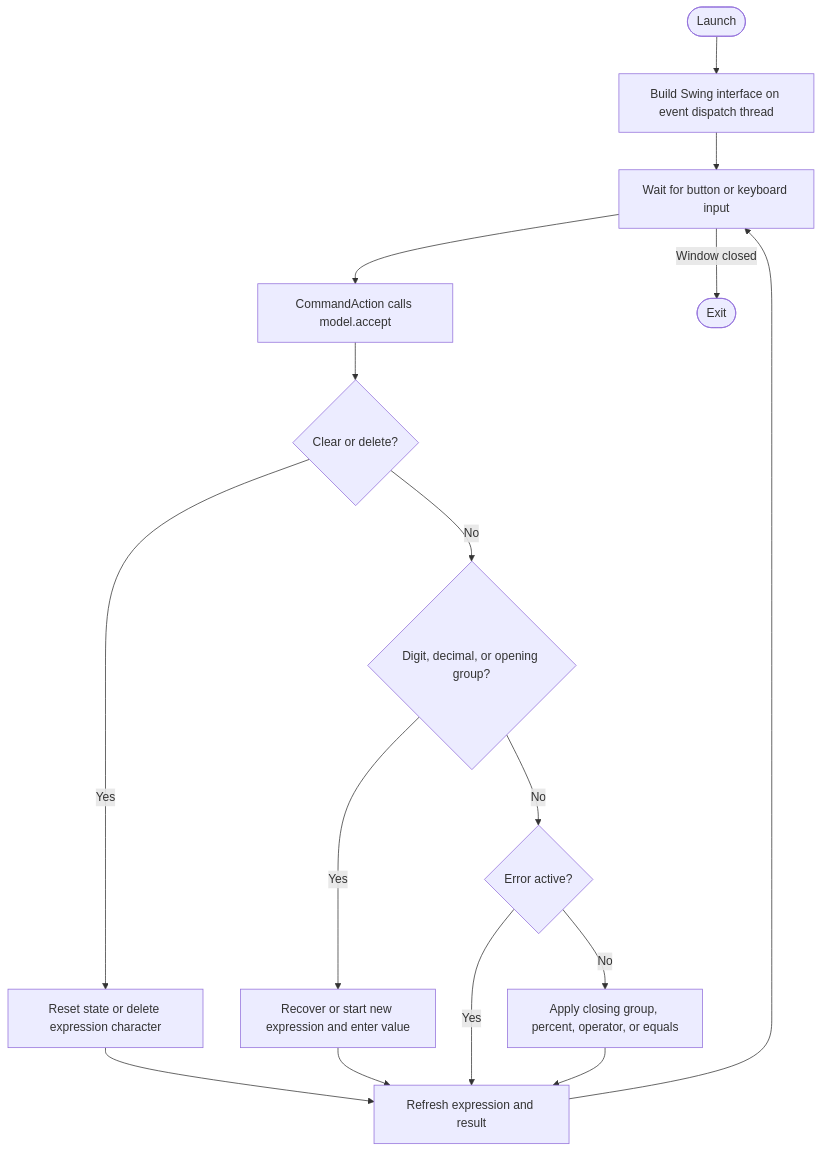
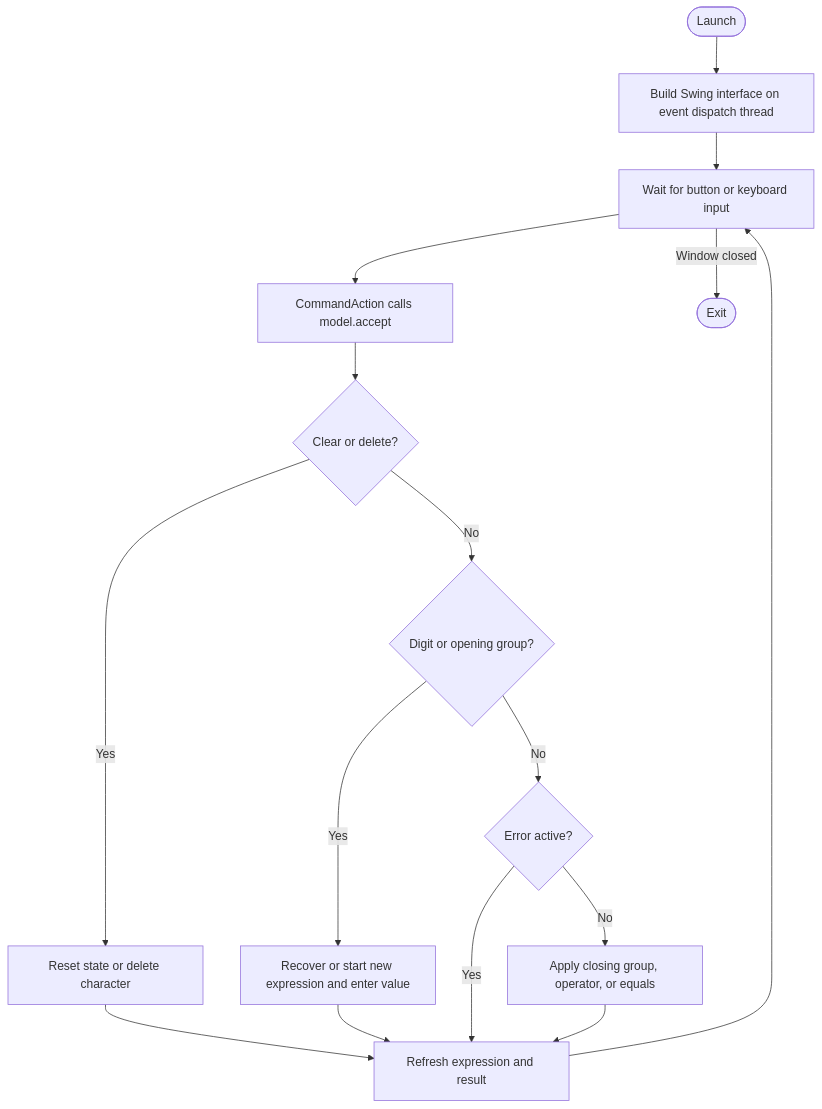
One commit to danielTongu/Calculator-Java-App changed the first of 3 diagrams in README.md. Above: the diagram before and after it, drawn with Mermaid. The commit also changed other lines of this file and 6 other files, not shown here.

Commit message:
Corrected the spelling, removed duplicated styling and expression state, fixed stale values after backspace, and updated the README/UML.

````diff
--- a/README.md
+++ b/README.md
@@ -67,18 +78,18 @@
 ```mermaid
 flowchart TD
     Start([Launch]) --> Build[Build Swing interface on event dispatch thread]
     Build --> Wait[Wait for button or keyboard input]
     Wait --> Command[CommandAction calls model.accept]
     Command --> Clear{Clear or delete?}
-    Clear -->|Yes| Reset[Reset state or delete expression character]
-    Clear -->|No| Digit{Digit, decimal, or opening group?}
+    Clear -->|Yes| Reset[Reset state or delete character]
+    Clear -->|No| Digit{Digit or opening group?}
     Digit -->|Yes| Enter[Recover or start new expression and enter value]
     Digit -->|No| Error{Error active?}
     Error -->|Yes| Refresh[Refresh expression and result]
-    Error -->|No| Dispatch[Apply closing group, percent, operator, or equals]
+    Error -->|No| Dispatch[Apply closing group, operator, or equals]
     Reset --> Refresh
     Enter --> Refresh
     Dispatch --> Refresh
     Refresh --> Wait
     Wait -->|Window closed| Stop([Exit])
 ```
````
